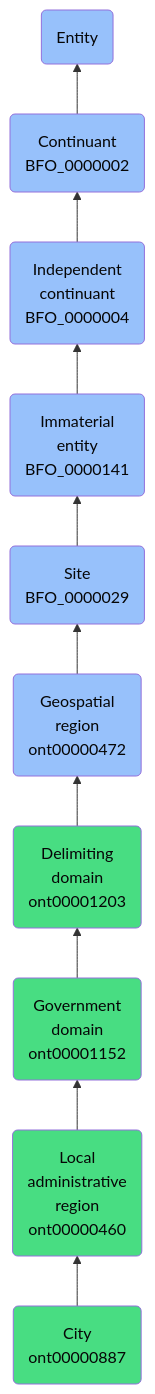
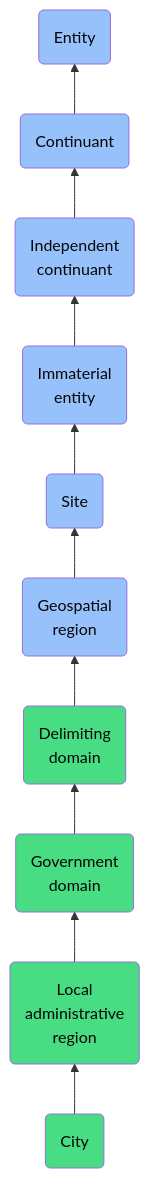
Before and after one commit to jupyter-naas/abi: the diagram in docs/ontology/reference/model/Entity/Continuant/Independent continuant/Immaterial entity/Site/Geospatial region/Delimiting domain/Government domain/Local administrative region/City/City.md, drawn with Mermaid. The commit also changed other lines of this file and 1430 other files, not shown here.

````diff
--- a/docs/ontology/reference/model/Entity/Continuant/Independent continuant/Immaterial entity/Site/Geospatial region/Delimiting domain/Government domain/Local administrative region/City/City.md
+++ b/docs/ontology/reference/model/Entity/Continuant/Independent continuant/Immaterial entity/Site/Geospatial region/Delimiting domain/Government domain/Local administrative region/City/City.md
@@ -24,17 +24,17 @@
 ```mermaid
 graph BT
-    ont00000887(City<br>ont00000887):::ABI-->ont00000460
-    ont00000460(Local<br>administrative<br>region<br>ont00000460):::ABI-->ont00001152
-    ont00001152(Government<br>domain<br>ont00001152):::ABI-->ont00001203
-    ont00001203(Delimiting<br>domain<br>ont00001203):::ABI-->ont00000472
-    ont00000472(Geospatial<br>region<br>ont00000472):::BFO-->BFO_0000029
-    BFO_0000029(Site<br>BFO_0000029):::BFO-->BFO_0000141
-    BFO_0000141(Immaterial<br>entity<br>BFO_0000141):::BFO-->BFO_0000004
-    BFO_0000004(Independent<br>continuant<br>BFO_0000004):::BFO-->BFO_0000002
-    BFO_0000002(Continuant<br>BFO_0000002):::BFO-->BFO_0000001
+    ont00000887(City):::ABI-->ont00000460
+    ont00000460(Local<br>administrative<br>region):::ABI-->ont00001152
+    ont00001152(Government<br>domain):::ABI-->ont00001203
+    ont00001203(Delimiting<br>domain):::ABI-->ont00000472
+    ont00000472(Geospatial<br>region):::BFO-->BFO_0000029
+    BFO_0000029(Site):::BFO-->BFO_0000141
+    BFO_0000141(Immaterial<br>entity):::BFO-->BFO_0000004
+    BFO_0000004(Independent<br>continuant):::BFO-->BFO_0000002
+    BFO_0000002(Continuant):::BFO-->BFO_0000001
     BFO_0000001(Entity):::BFO
     
     classDef BFO fill:#97c1fb,color:#060606
     classDef CCO fill:#e4c51e,color:#060606
     classDef ABI fill:#48DD82,color:#060606
 ```
````
